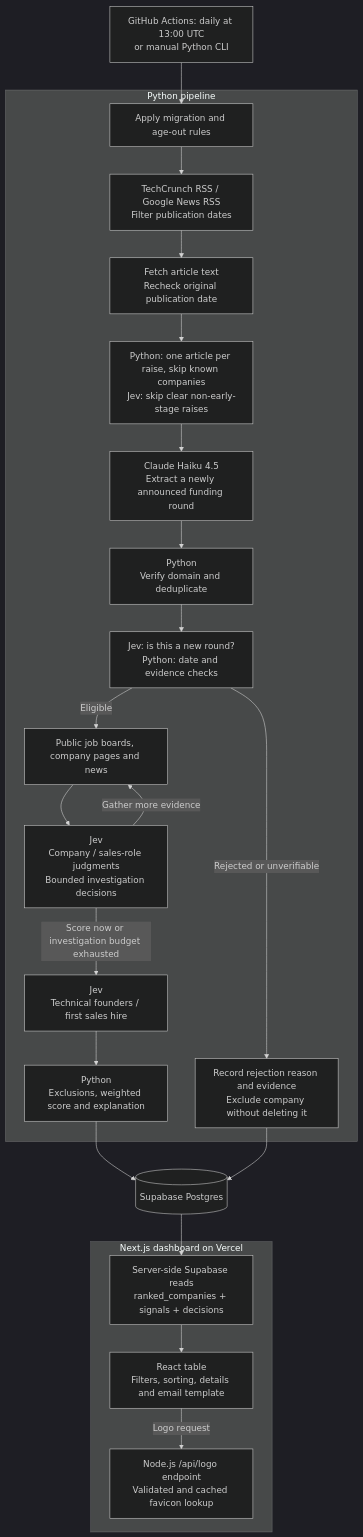
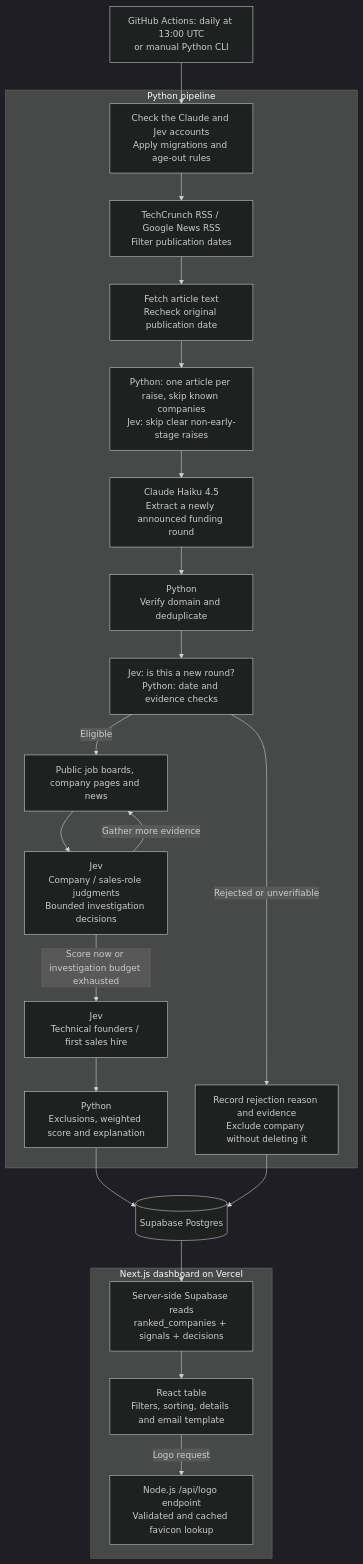
One commit to lucarizzo03/raised changed the diagram in docs/how-it-works.md. Above: the diagram before and after it, drawn with Mermaid (dark theme). The commit also changed other lines of this file and 1 other file, not shown here.

````diff
--- a/docs/how-it-works.md
+++ b/docs/how-it-works.md
@@ -20,36 +20,36 @@
 ```mermaid
 flowchart TD
     Schedule["GitHub Actions: daily at 13:00 UTC<br/>or manual Python CLI"]
 
     subgraph Pipeline["Python pipeline"]
-        Prepare["Apply migration and age-out rules"]
+        Prepare["Check the Claude and Jev accounts<br/>Apply migrations and age-out rules"]
         Sources["TechCrunch RSS / Google News RSS<br/>Filter publication dates"]
         Fetch["Fetch article text<br/>Recheck original publication date"]
         Prefilter["Python: one article per raise, skip known companies<br/>Jev: skip clear non-early-stage raises"]
         Extract["Claude Haiku 4.5<br/>Extract a newly announced funding round"]
         Identity["Python<br/>Verify domain and deduplicate"]
         Gate["Jev: is this a new round?<br/>Python: date and evidence checks"]
         Enrich["Public job boards, company pages and news"]
         Judge["Jev<br/>Company / sales-role judgments<br/>Bounded investigation decisions"]
         Founders["Jev<br/>Technical founders / first sales hire"]
         Score["Python<br/>Exclusions, weighted score and explanation"]
         Reject["Record rejection reason and evidence<br/>Exclude company without deleting it"]
     end
 
     Schedule --> Prepare --> Sources --> Fetch --> Prefilter --> Extract --> Identity --> Gate
     Gate -->|Eligible| Enrich --> Judge
     Judge -->|Gather more evidence| Enrich
     Judge -->|Score now or investigation budget exhausted| Founders --> Score
     Gate -->|Rejected or unverifiable| Reject
     Score --> Database[("Supabase Postgres")]
     Reject --> Database
 
     subgraph Web["Next.js dashboard on Vercel"]
         Read["Server-side Supabase reads<br/>ranked_companies + signals + decisions"]
         Table["React table<br/>Filters, sorting, details and email template"]
         Logos["Node.js /api/logo endpoint<br/>Validated and cached favicon lookup"]
     end
 
     Database --> Read --> Table
     Table -->|Logo request| Logos
 ```
````
